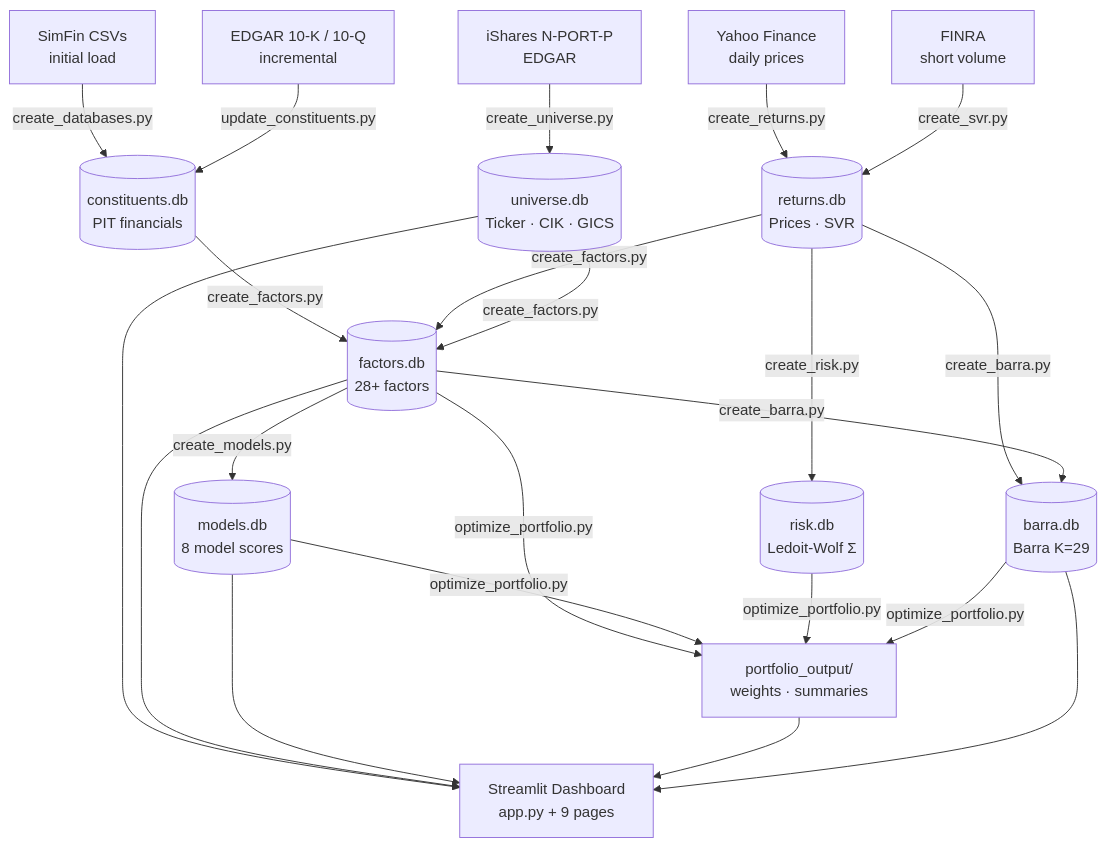
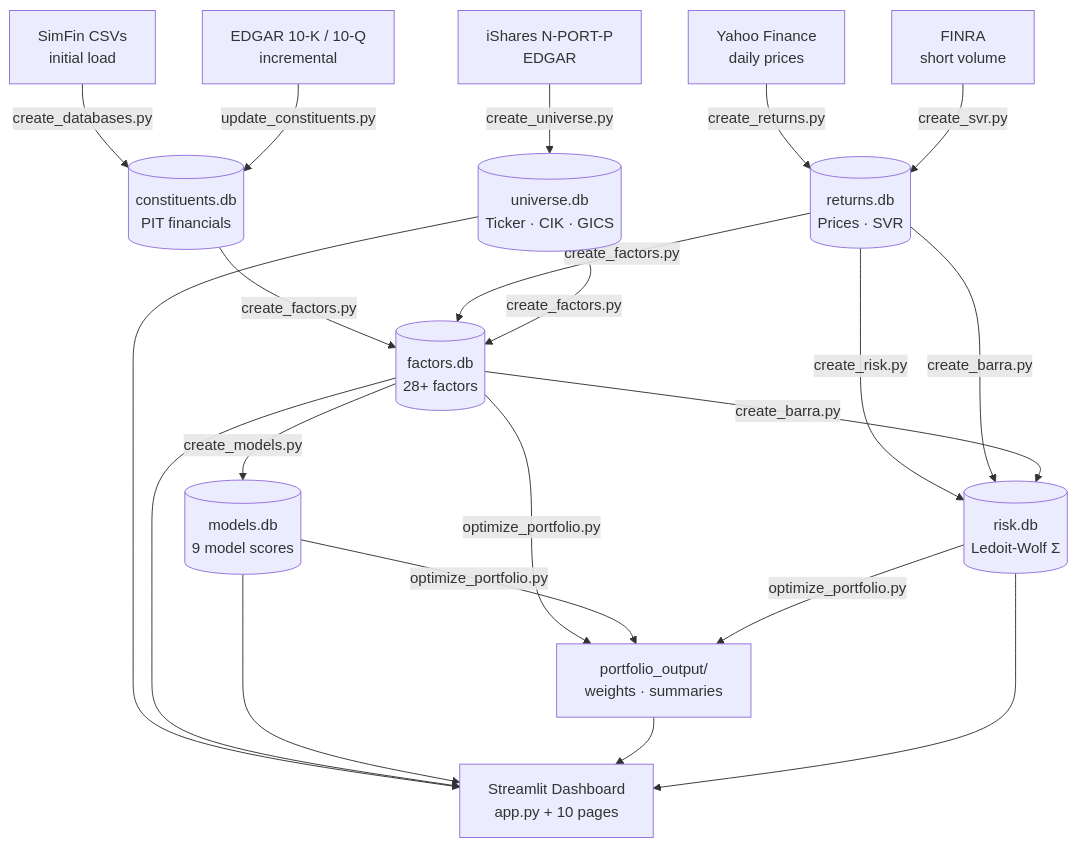
One commit to TheQuantFather/quant-systematic-equity changed the diagram in README.md. Above: the diagram before and after it, drawn with Mermaid. The commit also changed other lines of this file and 21 other files, not shown here.

````diff
--- a/README.md
+++ b/README.md
@@ -29,16 +29,16 @@
 ```mermaid
 flowchart TD
     A[iShares N-PORT-P\nEDGAR] -->|create_universe.py| U[(universe.db\nTicker · CIK · GICS)]
     B[SimFin CSVs\ninitial load] -->|create_databases.py| C[(constituents.db\nPIT financials)]
     D[EDGAR 10-K / 10-Q\nincremental] -->|update_constituents.py| C
     E[Yahoo Finance\ndaily prices] -->|create_returns.py| R[(returns.db\nPrices · SVR)]
     F[FINRA\nshort volume] -->|create_svr.py| R
 
     C & R & U -->|create_factors.py| F2[(factors.db\n28+ factors)]
-    F2 -->|create_models.py| M[(models.db\n8 model scores)]
+    F2 -->|create_models.py| M[(models.db\n9 model scores)]
     R -->|create_risk.py| RI[(risk.db\nLedoit-Wolf Σ)]
-    R & F2 -->|create_barra.py| BA[(barra.db\nBarra K=29)]
+    R & F2 -->|create_barra.py| RI
 
-    F2 & M & RI & BA -->|optimize_portfolio.py| P[portfolio_output/\nweights · summaries]
-    U & F2 & M & P & BA --> APP[Streamlit Dashboard\napp.py + 9 pages]
+    F2 & M & RI -->|optimize_portfolio.py| P[portfolio_output/\nweights · summaries]
+    U & F2 & M & P & RI --> APP[Streamlit Dashboard\napp.py + 10 pages]
 ```
````
